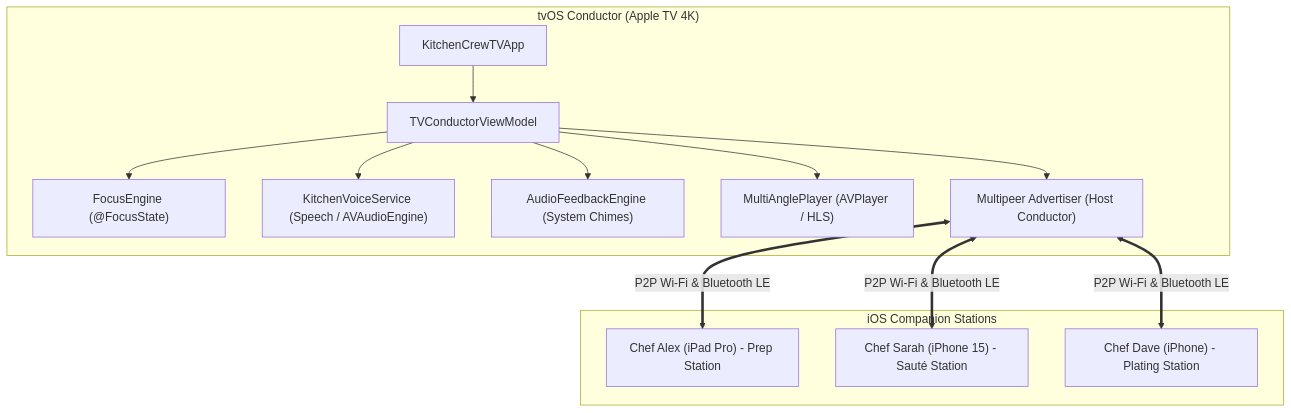
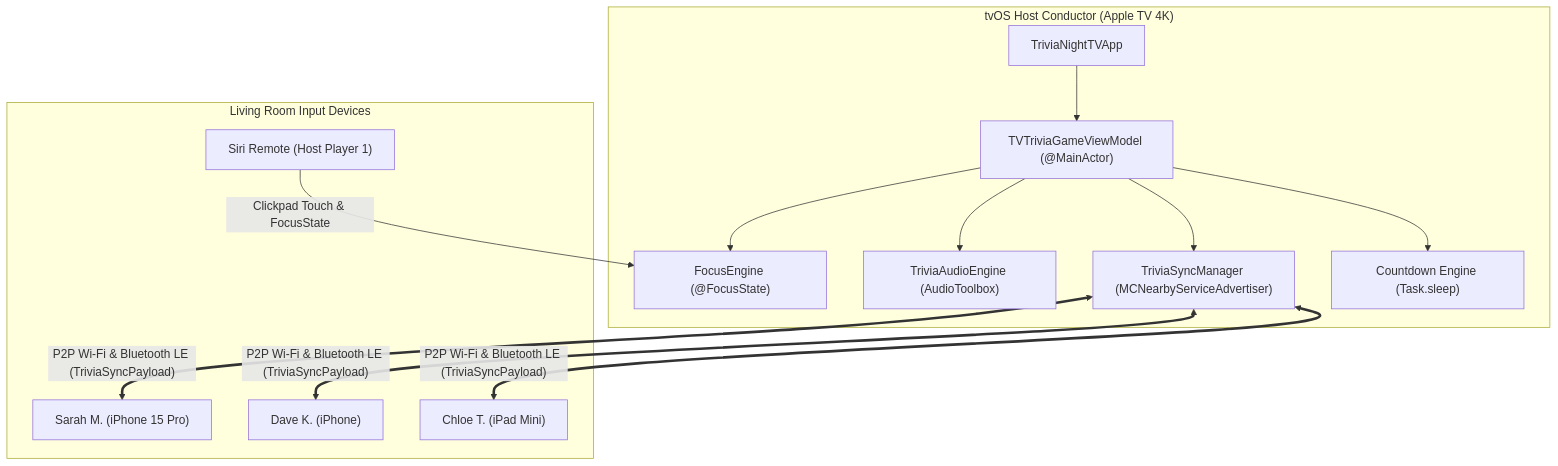
Before and after one commit to IT22129208/Assignment02PartB: the diagram in ARCHITECTURE.md, drawn with Mermaid. The commit also changed other lines of this file and 72 other files, not shown here.

Commit message:
feat: complete TriviaNight TV pub quiz with tvOS app, iOS companion, math pack, and web simulator

````diff
--- a/ARCHITECTURE.md
+++ b/ARCHITECTURE.md
@@ -7,29 +7,29 @@
 ```mermaid
 graph TD
-    subgraph AppleTV["tvOS Conductor (Apple TV 4K)"]
-        TVApp["KitchenCrewTVApp"]
-        VM["TVConductorViewModel"]
+    subgraph AppleTV["tvOS Host Conductor (Apple TV 4K)"]
+        TVApp["TriviaNightTVApp"]
+        VM["TVTriviaGameViewModel (@MainActor)"]
         Focus["FocusEngine (@FocusState)"]
-        VoiceService["KitchenVoiceService (Speech / AVAudioEngine)"]
-        AudioFX["AudioFeedbackEngine (System Chimes)"]
-        MultiCam["MultiAnglePlayer (AVPlayer / HLS)"]
-        MPServer["Multipeer Advertiser (Host Conductor)"]
+        AudioFX["TriviaAudioEngine (AudioToolbox)"]
+        MPServer["TriviaSyncManager (MCNearbyServiceAdvertiser)"]
+        TimerLoop["Countdown Engine (Task.sleep)"]
         
         TVApp --> VM
         VM --> Focus
-        VM --> VoiceService
         VM --> AudioFX
-        VM --> MultiCam
         VM --> MPServer
+        VM --> TimerLoop
     end
 
-    subgraph iOSPeers["iOS Companion Stations"]
-        SubA["Chef Alex (iPad Pro) - Prep Station"]
-        SubB["Chef Sarah (iPhone 15) - Sauté Station"]
-        SubC["Chef Dave (iPhone) - Plating Station"]
+    subgraph Controllers["Living Room Input Devices"]
+        Remote["Siri Remote (Host Player 1)"]
+        PhoneA["Sarah M. (iPhone 15 Pro)"]
+        PhoneB["Dave K. (iPhone)"]
+        PhoneC["Chloe T. (iPad Mini)"]
     end
 
-    MPServer <== P2P Wi-Fi & Bluetooth LE ==> SubA
-    MPServer <== P2P Wi-Fi & Bluetooth LE ==> SubB
-    MPServer <== P2P Wi-Fi & Bluetooth LE ==> SubC
+    Remote -- "Clickpad Touch & FocusState" --> Focus
+    MPServer <== "P2P Wi-Fi & Bluetooth LE (TriviaSyncPayload)" ==> PhoneA
+    MPServer <== "P2P Wi-Fi & Bluetooth LE (TriviaSyncPayload)" ==> PhoneB
+    MPServer <== "P2P Wi-Fi & Bluetooth LE (TriviaSyncPayload)" ==> PhoneC
 ```
````
